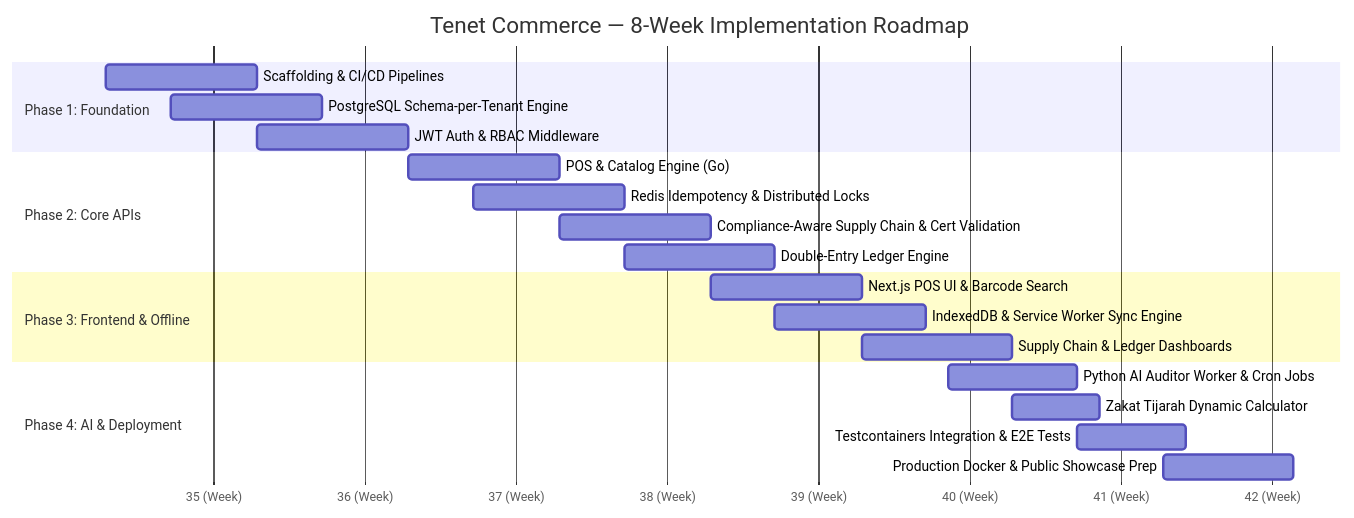
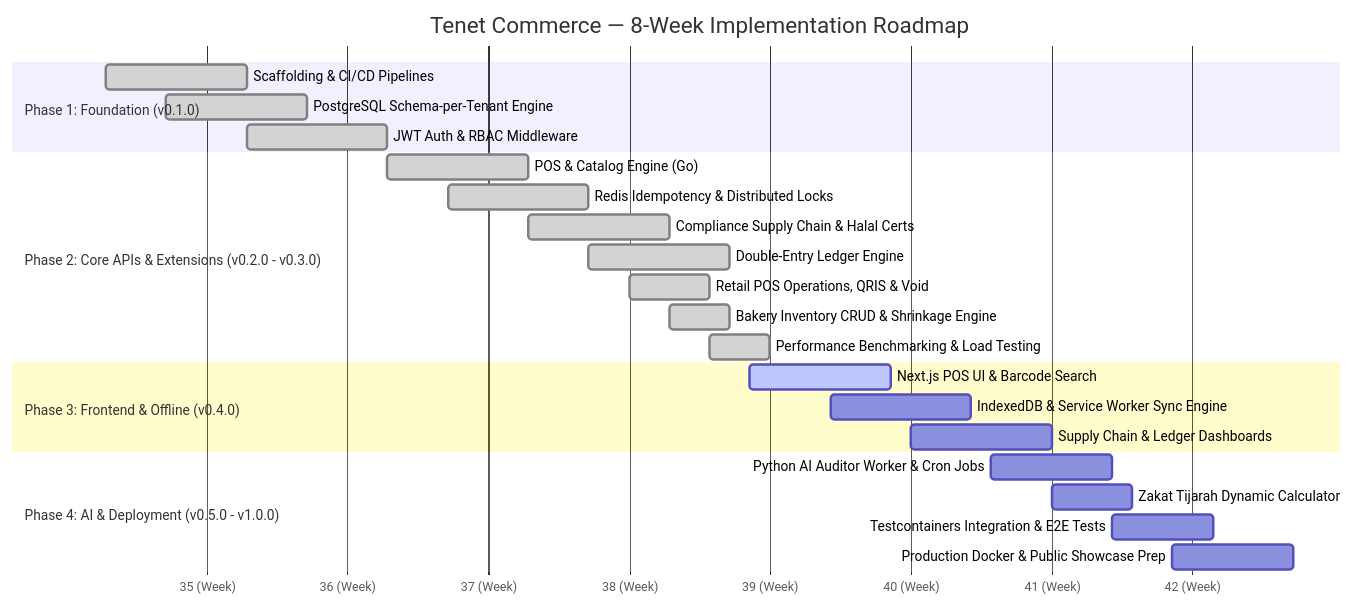
The diagram in docs/ROADMAP.md (b45/tenet-commerce), drawn with Mermaid before and after one commit. The commit also changed 1 other file, not shown here.

Commit message:
docs(be): update roadmap and readme for backend phase 2 completion and v0.3.0 release
- Update README.md with v0.3.0 release badges, empirical k6 benchmark metrics (1,096 RPS, 123.7 TPS), and Phase 2 completion
- Update Key Features table with Manager Dashboard, Atomic Void, Dynamic QRIS, and Bakery Inventory CRUD
- Add docs/BENCHMARK_REPORT.md link to Documentation Index
- Update docs/ROADMAP.md Gantt chart to mark Phase 1 and Phase 2 tasks as done

````diff
--- a/docs/ROADMAP.md
+++ b/docs/ROADMAP.md
@@ -8,28 +8,31 @@
 ```mermaid
 gantt
     title Tenet Commerce — 8-Week Implementation Roadmap
     dateFormat  YYYY-MM-DD
     axisFormat  %W (Week)
 
-    section Phase 1: Foundation
-    Scaffolding & CI/CD Pipelines           :p1_1, 2026-09-01, 7d
-    PostgreSQL Schema-per-Tenant Engine    :p1_2, 2026-09-04, 7d
-    JWT Auth & RBAC Middleware              :p1_3, 2026-09-08, 7d
+    section Phase 1: Foundation (v0.1.0)
+    Scaffolding & CI/CD Pipelines           :done, p1_1, 2026-09-01, 7d
+    PostgreSQL Schema-per-Tenant Engine    :done, p1_2, 2026-09-04, 7d
+    JWT Auth & RBAC Middleware              :done, p1_3, 2026-09-08, 7d
 
-    section Phase 2: Core APIs
-    POS & Catalog Engine (Go)               :p2_1, 2026-09-15, 7d
-    Redis Idempotency & Distributed Locks   :p2_2, 2026-09-18, 7d
-    Compliance-Aware Supply Chain & Cert Validation :p2_3, 2026-09-22, 7d
-    Double-Entry Ledger Engine              :p2_4, 2026-09-25, 7d
+    section Phase 2: Core APIs & Extensions (v0.2.0 - v0.3.0)
+    POS & Catalog Engine (Go)               :done, p2_1, 2026-09-15, 7d
+    Redis Idempotency & Distributed Locks   :done, p2_2, 2026-09-18, 7d
+    Compliance Supply Chain & Halal Certs   :done, p2_3, 2026-09-22, 7d
+    Double-Entry Ledger Engine              :done, p2_4, 2026-09-25, 7d
+    Retail POS Operations, QRIS & Void      :done, p2_5, 2026-09-27, 4d
+    Bakery Inventory CRUD & Shrinkage Engine:done, p2_6, 2026-09-29, 3d
+    Performance Benchmarking & Load Testing :done, p2_7, 2026-10-01, 3d
 
-    section Phase 3: Frontend & Offline
-    Next.js POS UI & Barcode Search         :p3_1, 2026-09-29, 7d
-    IndexedDB & Service Worker Sync Engine  :p3_2, 2026-10-02, 7d
-    Supply Chain & Ledger Dashboards        :p3_3, 2026-10-06, 7d
+    section Phase 3: Frontend & Offline (v0.4.0)
+    Next.js POS UI & Barcode Search         :active, p3_1, 2026-10-03, 7d
+    IndexedDB & Service Worker Sync Engine  :p3_2, 2026-10-07, 7d
+    Supply Chain & Ledger Dashboards        :p3_3, 2026-10-11, 7d
 
-    section Phase 4: AI & Deployment
-    Python AI Auditor Worker & Cron Jobs    :p4_1, 2026-10-10, 6d
-    Zakat Tijarah Dynamic Calculator        :p4_2, 2026-10-13, 4d
-    Testcontainers Integration & E2E Tests  :p4_3, 2026-10-16, 5d
-    Production Docker & Public Showcase Prep:p4_4, 2026-10-20, 6d
+    section Phase 4: AI & Deployment (v0.5.0 - v1.0.0)
+    Python AI Auditor Worker & Cron Jobs    :p4_1, 2026-10-15, 6d
+    Zakat Tijarah Dynamic Calculator        :p4_2, 2026-10-18, 4d
+    Testcontainers Integration & E2E Tests  :p4_3, 2026-10-21, 5d
+    Production Docker & Public Showcase Prep:p4_4, 2026-10-24, 6d
 ```
````
